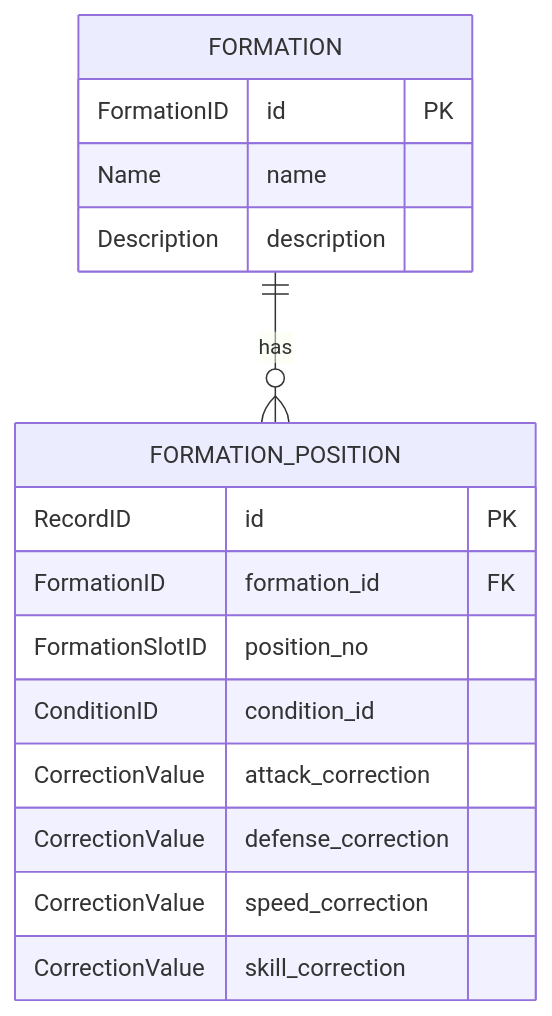
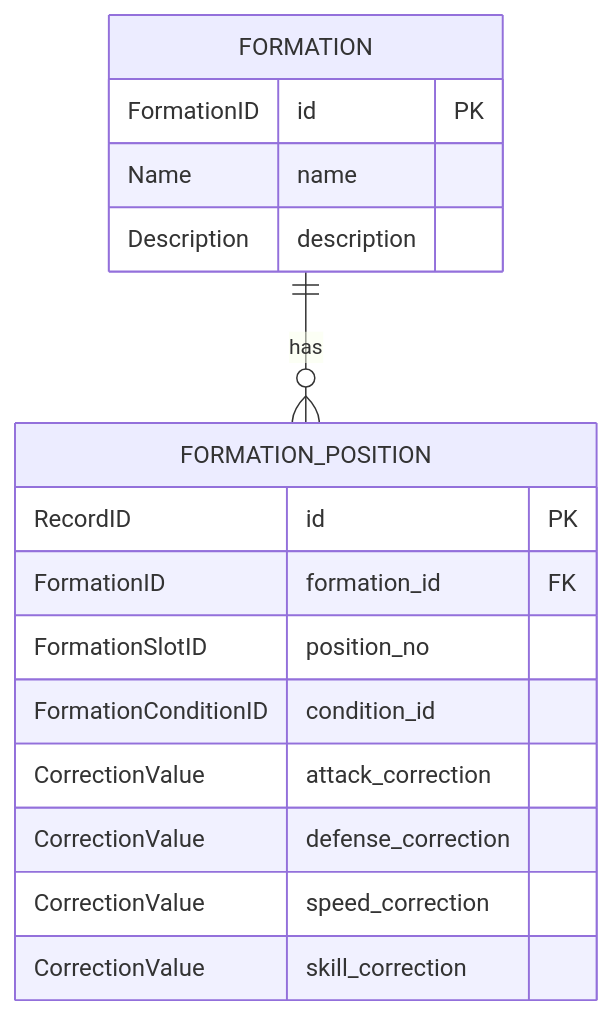
One commit to ReHydrangeaOdyssey/Specifications changed the third of 8 diagrams in design/data_base.md. Above: the diagram before and after it, drawn with Mermaid. The commit also changed other lines of this file and 15 other files, not shown here.

````diff
--- a/design/data_base.md
+++ b/design/data_base.md
@@ -190,21 +243,21 @@
 ```mermaid
 erDiagram
     FORMATION {
         FormationID id PK
         Name name
         Description description
     }
 
     FORMATION_POSITION {
         RecordID id PK
         FormationID formation_id FK
         FormationSlotID position_no
-        ConditionID condition_id
+        FormationConditionID condition_id
         CorrectionValue attack_correction
         CorrectionValue defense_correction
         CorrectionValue speed_correction
         CorrectionValue skill_correction
     }
 
     FORMATION ||--o{ FORMATION_POSITION : has
 ```
````
